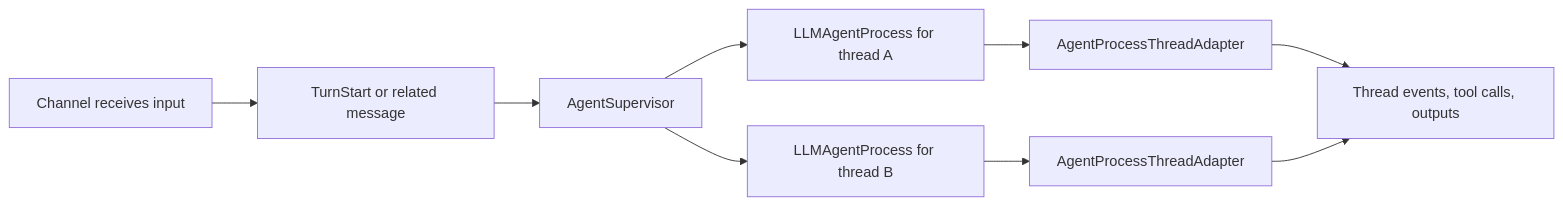
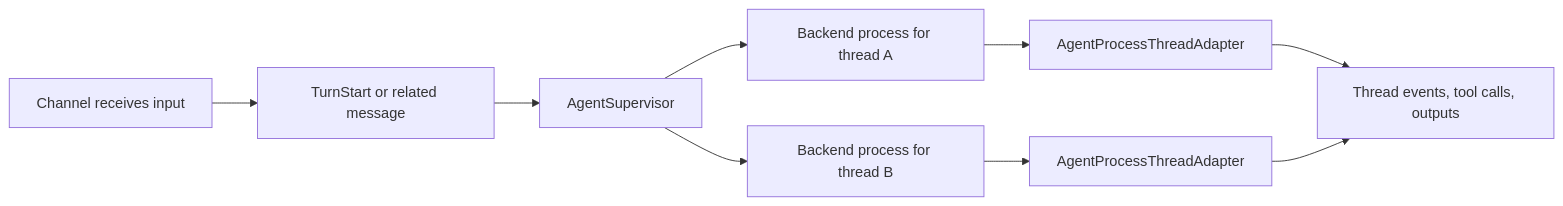
One commit to meshagent/meshagent-docs changed the diagram in agents/process/architecture.mdx. Above: the diagram before and after it, drawn with Mermaid. The commit also changed other lines of this file and 18 other files, not shown here.

````diff
--- a/agents/process/architecture.mdx
+++ b/agents/process/architecture.mdx
@@ -37,11 +38,11 @@
 ```mermaid
 flowchart LR
     A["Channel receives input"] --> B["TurnStart or related message"]
     B --> C["AgentSupervisor"]
-    C --> D["LLMAgentProcess for thread A"]
-    C --> E["LLMAgentProcess for thread B"]
+    C --> D["Backend process for thread A"]
+    C --> E["Backend process for thread B"]
     D --> F["AgentProcessThreadAdapter"]
     E --> G["AgentProcessThreadAdapter"]
     F --> H["Thread events, tool calls, outputs"]
     G --> H
 ```
````
